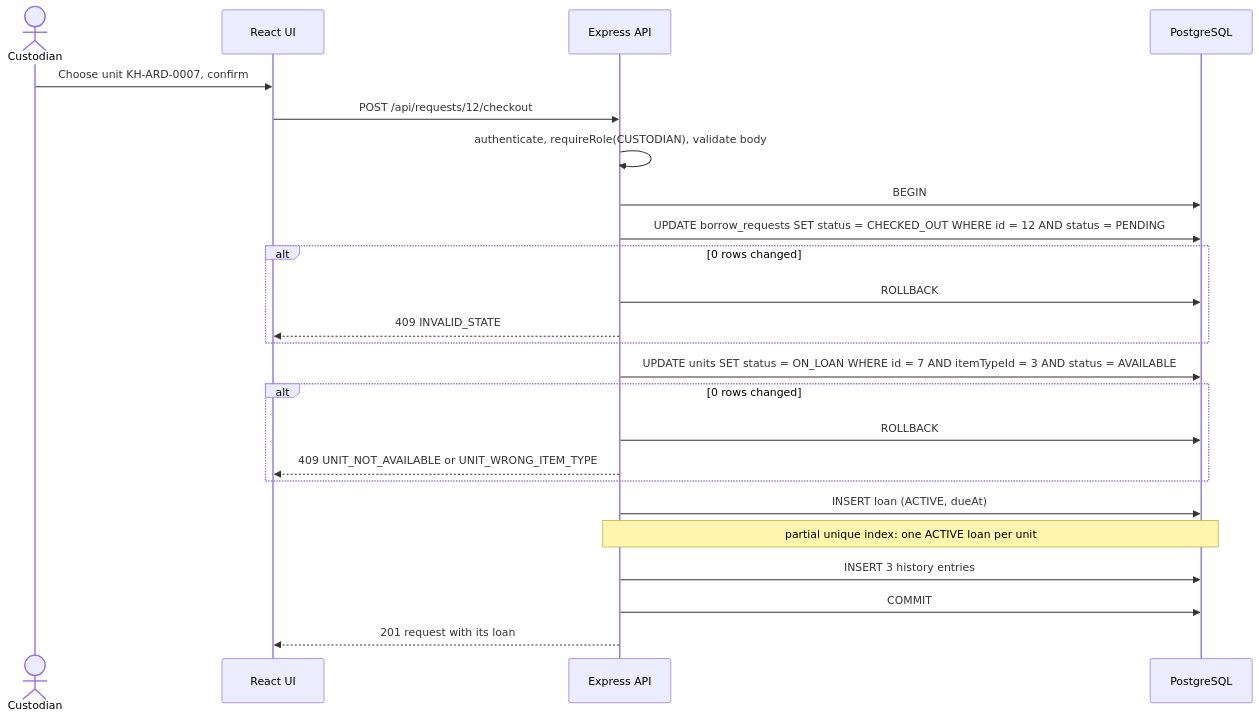
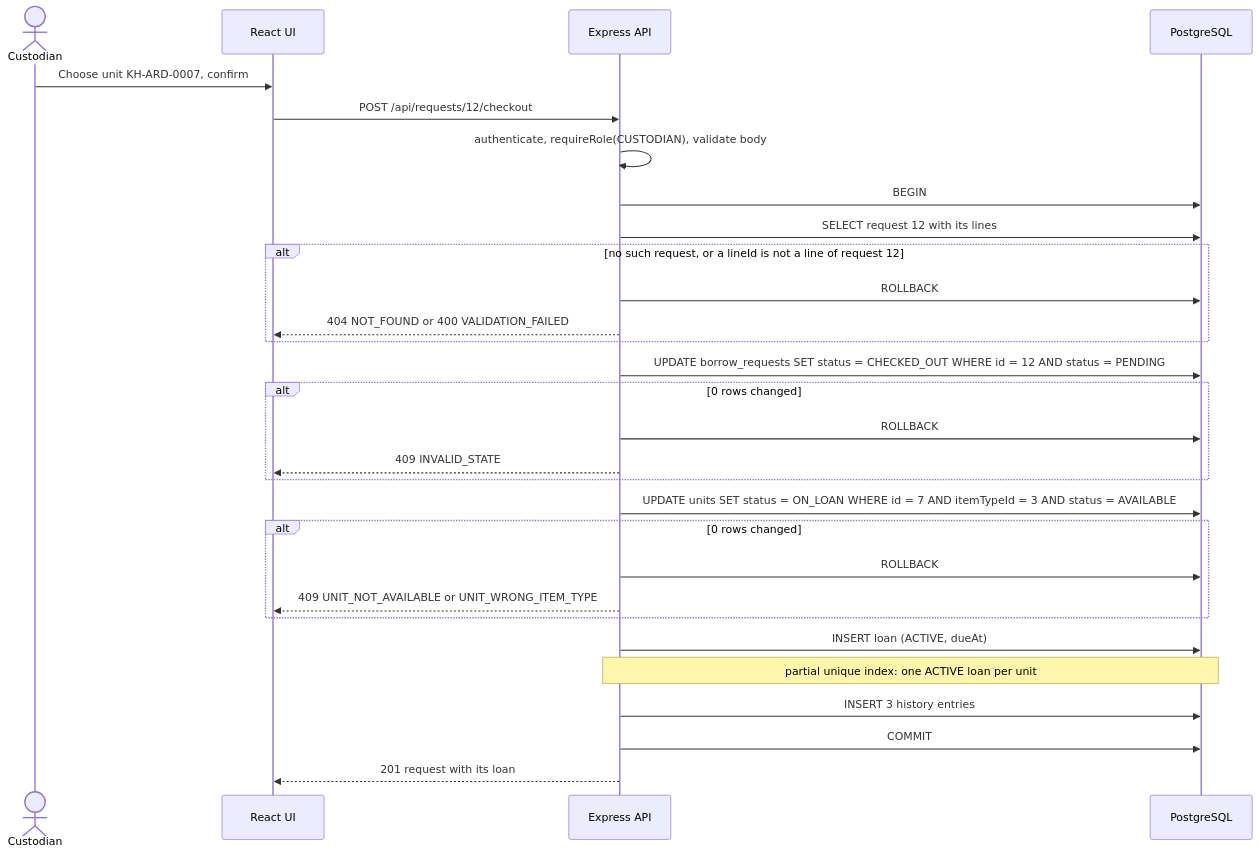
The third of 4 diagrams in docs/system-sds.md (RBKarnz/CPE334_KitHub), drawn with Mermaid before and after one commit. The commit also changed other lines of this file and 1 other file, not shown here.

````diff
--- a/docs/system-sds.md
+++ b/docs/system-sds.md
@@ -427,26 +428,31 @@
 ```mermaid
 sequenceDiagram
   actor C as Custodian
   participant UI as React UI
   participant API as Express API
   participant DB as PostgreSQL
   C->>UI: Choose unit KH-ARD-0007, confirm
   UI->>API: POST /api/requests/12/checkout
   API->>API: authenticate, requireRole(CUSTODIAN), validate body
   API->>DB: BEGIN
+  API->>DB: SELECT request 12 with its lines
+  alt no such request, or a lineId is not a line of request 12
+    API->>DB: ROLLBACK
+    API-->>UI: 404 NOT_FOUND or 400 VALIDATION_FAILED
+  end
   API->>DB: UPDATE borrow_requests SET status = CHECKED_OUT WHERE id = 12 AND status = PENDING
   alt 0 rows changed
     API->>DB: ROLLBACK
     API-->>UI: 409 INVALID_STATE
   end
   API->>DB: UPDATE units SET status = ON_LOAN WHERE id = 7 AND itemTypeId = 3 AND status = AVAILABLE
   alt 0 rows changed
     API->>DB: ROLLBACK
     API-->>UI: 409 UNIT_NOT_AVAILABLE or UNIT_WRONG_ITEM_TYPE
   end
   API->>DB: INSERT loan (ACTIVE, dueAt)
   Note over API,DB: partial unique index: one ACTIVE loan per unit
   API->>DB: INSERT 3 history entries
   API->>DB: COMMIT
   API-->>UI: 201 request with its loan
 ```
````
